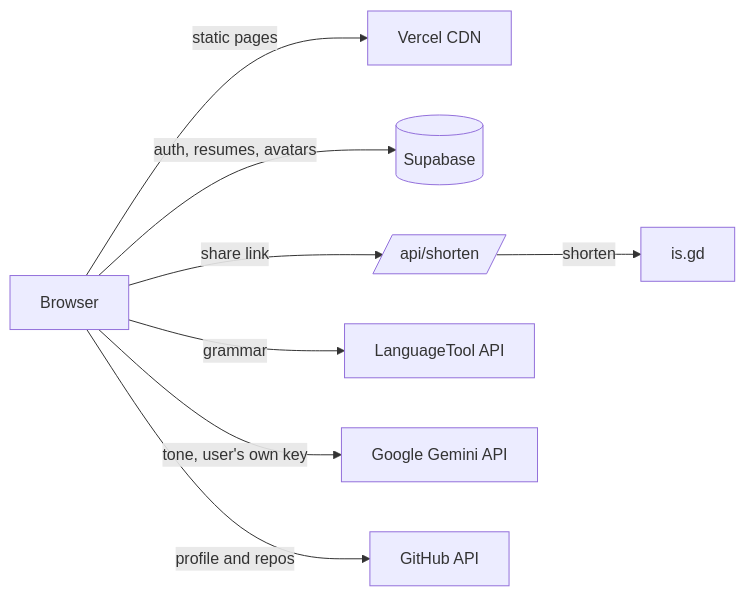
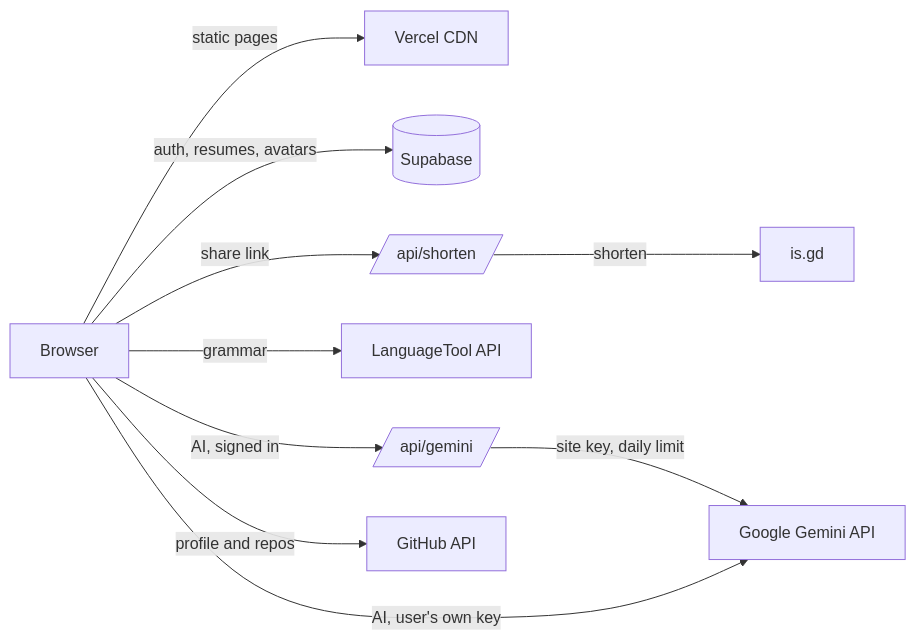
One commit to Taimur-Soft/taimur-resume changed the diagram in README.md. Above: the diagram before and after it, drawn with Mermaid. The commit also changed other lines of this file and 6 other files, not shown here.

Commit message:
Add shared Gemini proxy for signed-in users with per-user daily limit

````diff
--- a/README.md
+++ b/README.md
@@ -64,10 +64,12 @@
 ```mermaid
 flowchart LR
   U[Browser] -->|static pages| V[Vercel CDN]
   U -->|auth, resumes, avatars| S[(Supabase)]
   U -->|share link| F[/api/shorten/]
   F -->|shorten| G[is.gd]
   U -->|grammar| L[LanguageTool API]
-  U -->|tone, user's own key| GM[Google Gemini API]
+  U -->|AI, signed in| AI[/api/gemini/]
+  AI -->|site key, daily limit| GM[Google Gemini API]
+  U -->|AI, user's own key| GM
   U -->|profile and repos| GH[GitHub API]
 ```
````
